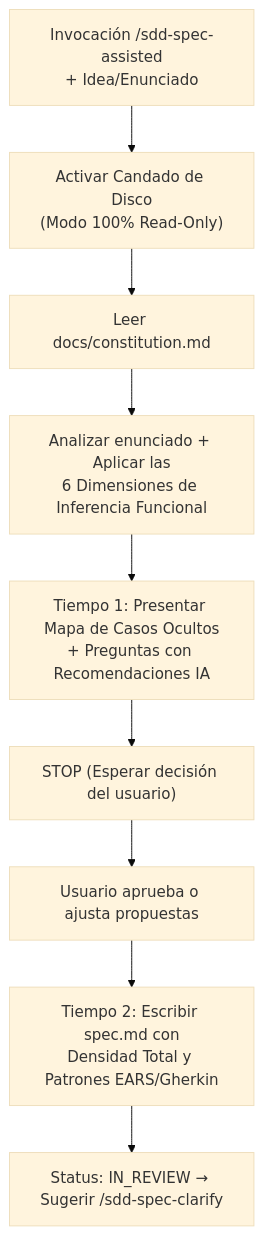
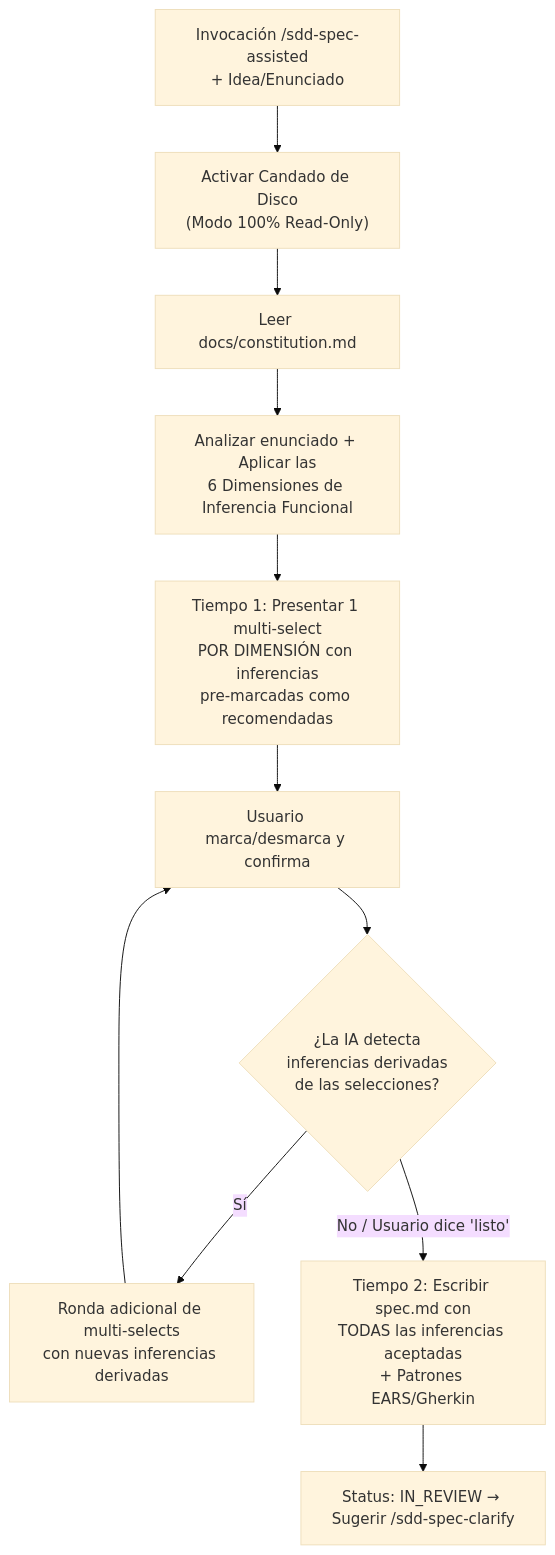
Before and after one commit to Thebetus7/SW2-G17-SDD-26-2: the diagram in templates/sdd-spec-assisted.md, drawn with Mermaid (base theme). The commit also changed other lines of this file and 10 other files, not shown here.

````diff
--- a/templates/sdd-spec-assisted.md
+++ b/templates/sdd-spec-assisted.md
@@ -39,11 +39,13 @@
 ```mermaid
 flowchart TD
     In["Invocación /sdd-spec-assisted<br/>+ Idea/Enunciado"] --> Lock["Activar Candado de Disco<br/>(Modo 100% Read-Only)"]
     Lock --> Read["Leer docs/constitution.md"]
     Read --> Infer["Analizar enunciado + Aplicar las<br/>6 Dimensiones de Inferencia Funcional"]
-    Infer --> Propose["Tiempo 1: Presentar Mapa de Casos Ocultos<br/>+ Preguntas con Recomendaciones IA"]
-    Propose --> Stop["STOP (Esperar decisión del usuario)"]
-    Stop --> User["Usuario aprueba o ajusta propuestas"]
-    User --> Gen["Tiempo 2: Escribir spec.md con<br/>Densidad Total y Patrones EARS/Gherkin"]
+    Infer --> Present["Tiempo 1: Presentar 1 multi-select<br/>POR DIMENSIÓN con inferencias<br/>pre-marcadas como recomendadas"]
+    Present --> User["Usuario marca/desmarca y confirma"]
+    User --> Derive{"¿La IA detecta<br/>inferencias derivadas<br/>de las selecciones?"}
+    Derive -->|"Sí"| Round["Ronda adicional de multi-selects<br/>con nuevas inferencias derivadas"]
+    Round --> User
+    Derive -->|"No / Usuario dice 'listo'"| Gen["Tiempo 2: Escribir spec.md con<br/>TODAS las inferencias aceptadas<br/>+ Patrones EARS/Gherkin"]
     Gen --> Out["Status: IN_REVIEW → Sugerir /sdd-spec-clarify"]
 ```
````
